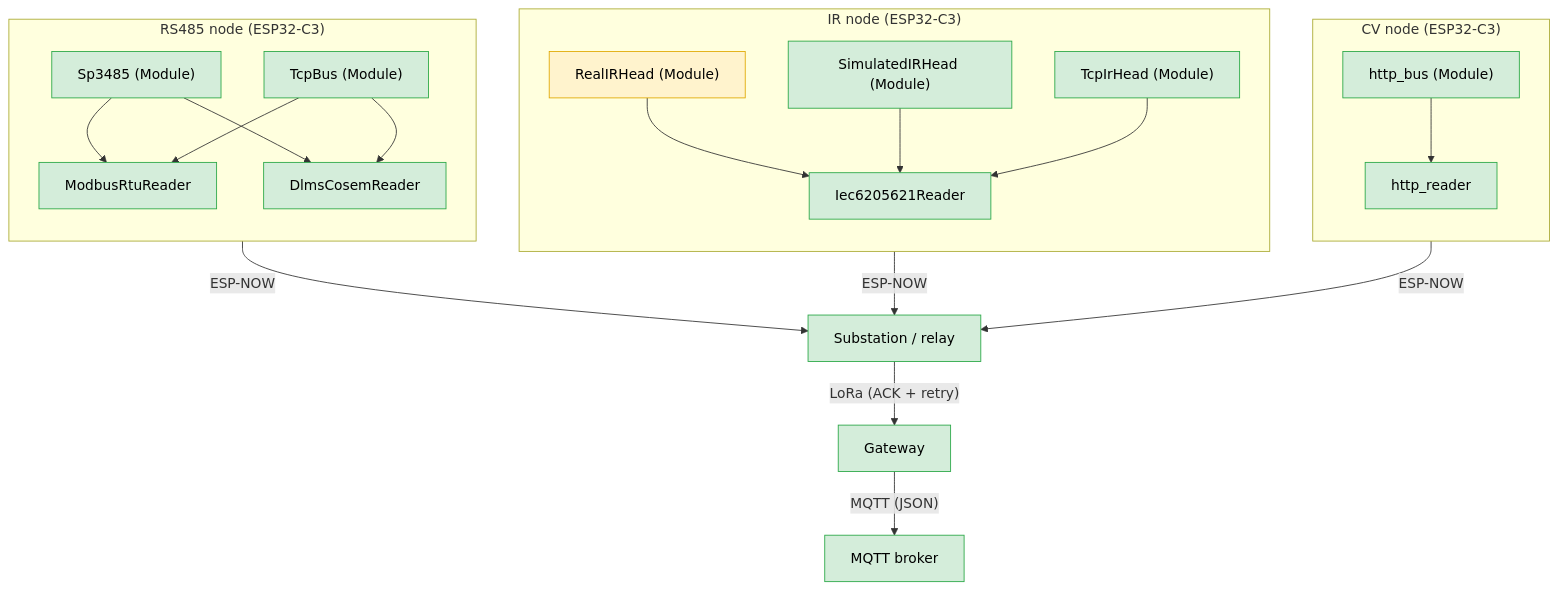
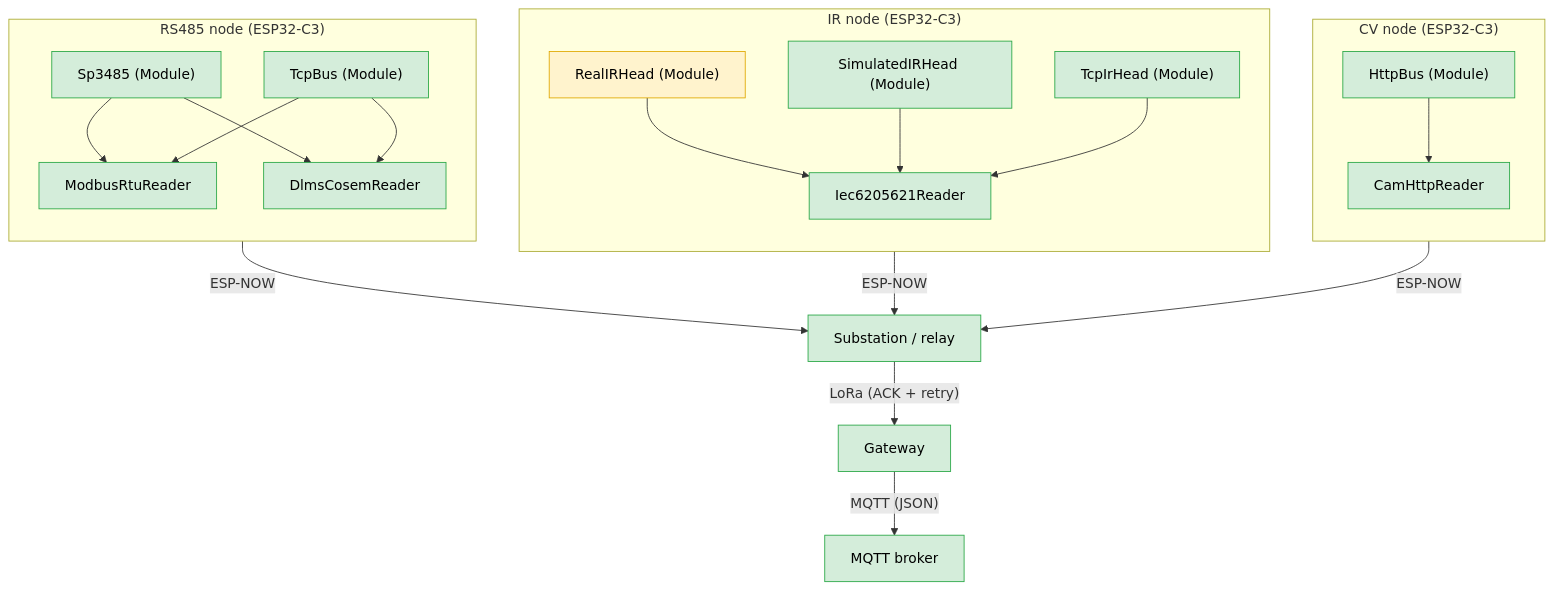
The diagram in README.md (foucault-dynamics/IoT-Firmware), drawn with Mermaid before and after one commit. The commit also changed other lines of this file and 3 other files, not shown here.

````diff
--- a/README.md
+++ b/README.md
@@ -28,34 +28,34 @@
 ```mermaid
 flowchart TD
     subgraph rs485["RS485 node (ESP32-C3)"]
         direction TB
         A["Sp3485 (Module)"] --> R1["ModbusRtuReader"]
         B["TcpBus (Module)"] --> R1
         A --> R4["DlmsCosemReader"]
         B --> R4
     end
 
     subgraph ir["IR node (ESP32-C3)"]
         direction TB
         C["RealIRHead (Module)"] --> R2["Iec6205621Reader"]
         D["SimulatedIRHead (Module)"] --> R2
         T["TcpIrHead (Module)"] --> R2
     end
 
     subgraph cv["CV node (ESP32-C3)"]
         direction TB
-        E["http_bus (Module)"] --> R3["http_reader"]
+        E["HttpBus (Module)"] --> R3["CamHttpReader"]
     end
 
     rs485 -->|"ESP-NOW"| S["Substation / relay"]
     ir -->|"ESP-NOW"| S
     cv -->|"ESP-NOW"| S
     S -->|"LoRa (ACK + retry)"| G["Gateway"]
     G -->|"MQTT (JSON)"| M["MQTT broker"]
 
     classDef working fill:#d4edda,stroke:#28a745,color:#000
     classDef untested fill:#fff3cd,stroke:#e0a800,color:#000
 
     class A,B,R1,R4,D,T,R2,E,R3,S,G,M working
     class C untested
 ```
````
